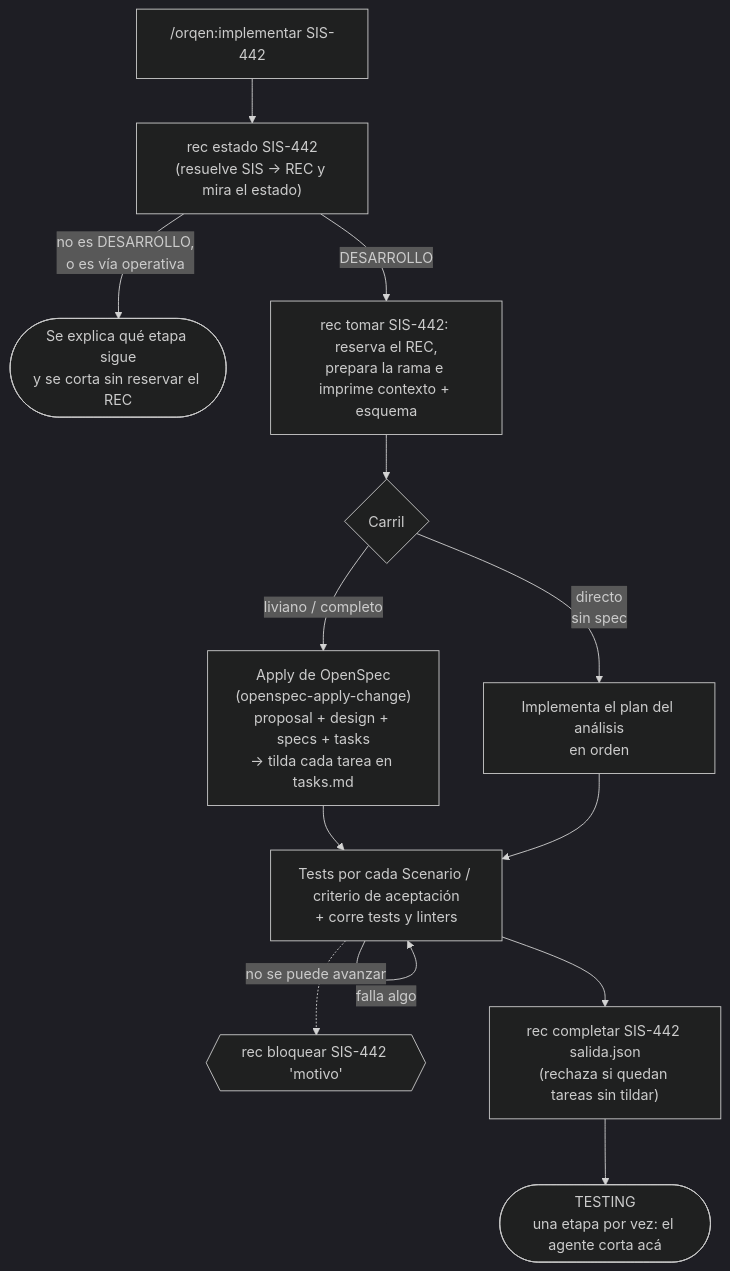
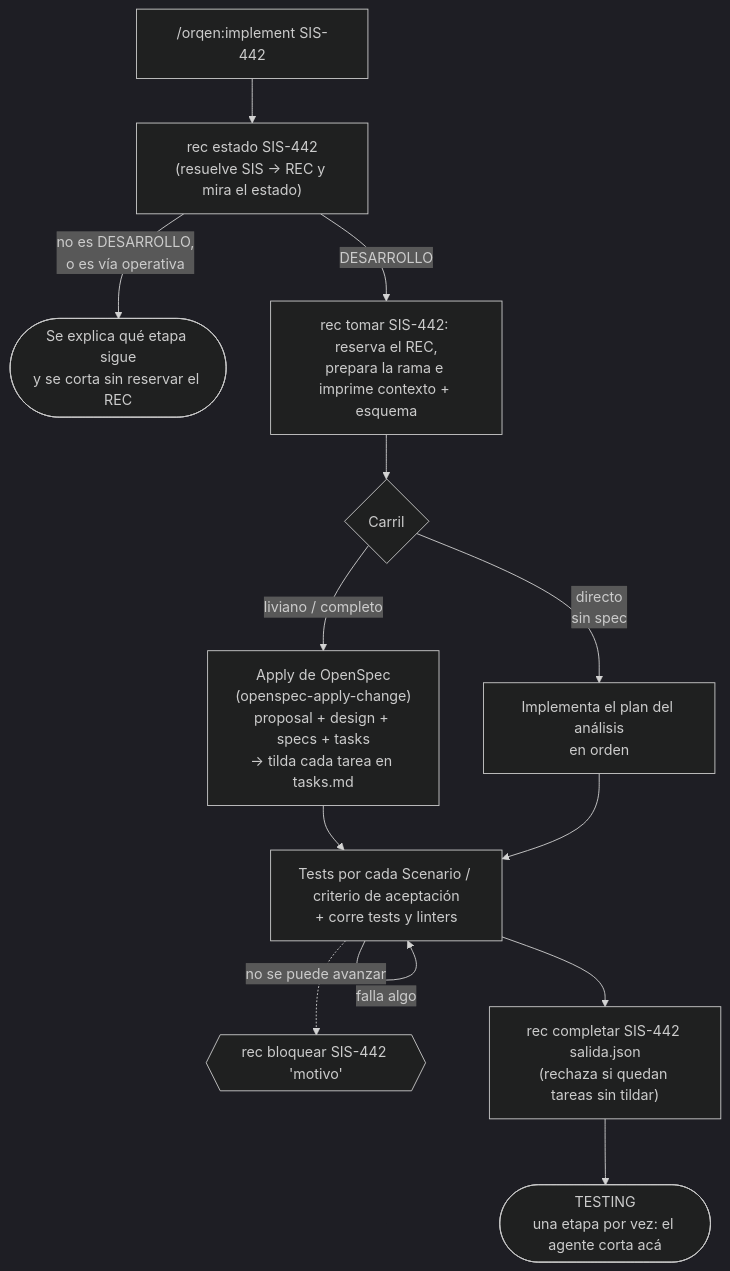
Before and after one commit to sistemas-telpin/orqen: the second of 3 diagrams in README.md, drawn with Mermaid (dark theme). The commit also changed other lines of this file and 11 other files, not shown here.

````diff
--- a/README.md
+++ b/README.md
@@ -68,15 +68,15 @@
 ```mermaid
 flowchart TD
-    A["/orqen:implementar SIS-442"] --> B["rec estado SIS-442<br/>(resuelve SIS → REC y mira el estado)"]
+    A["/orqen:implement SIS-442"] --> B["rec estado SIS-442<br/>(resuelve SIS → REC y mira el estado)"]
     B -->|"no es DESARROLLO,<br/>o es vía operativa"| X(["Se explica qué etapa sigue<br/>y se corta sin reservar el REC"])
     B -->|"DESARROLLO"| C["rec tomar SIS-442: reserva el REC,<br/>prepara la rama e imprime contexto + esquema"]
     C --> D{"Carril"}
     D -->|"liviano / completo"| E["Apply de OpenSpec<br/>(openspec-apply-change)<br/>proposal + design + specs + tasks<br/>→ tilda cada tarea en tasks.md"]
     D -->|"directo<br/>sin spec"| F["Implementa el plan del análisis<br/>en orden"]
     E --> G
     F --> G["Tests por cada Scenario / criterio de aceptación<br/>+ corre tests y linters"]
     G -->|"falla algo"| G
     G --> H["rec completar SIS-442 salida.json<br/>(rechaza si quedan tareas sin tildar)"]
     H --> I(["TESTING<br/>una etapa por vez: el agente corta acá"])
     G -.->|"no se puede avanzar"| Z{{"rec bloquear SIS-442 'motivo'"}}
 ```
````
